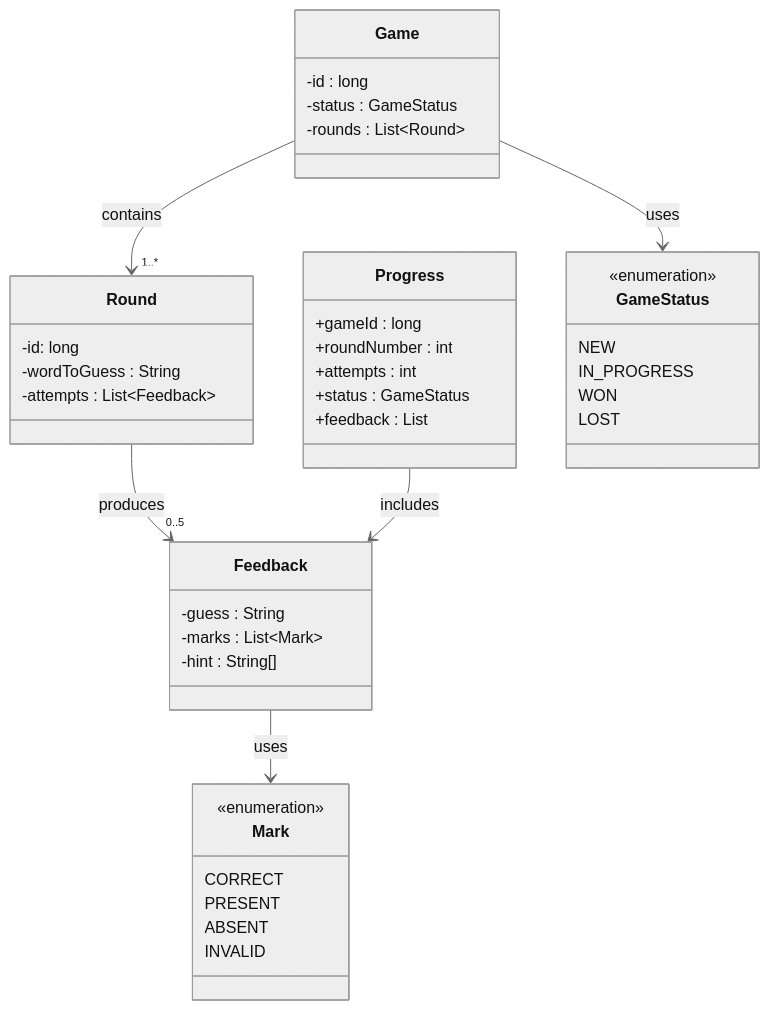
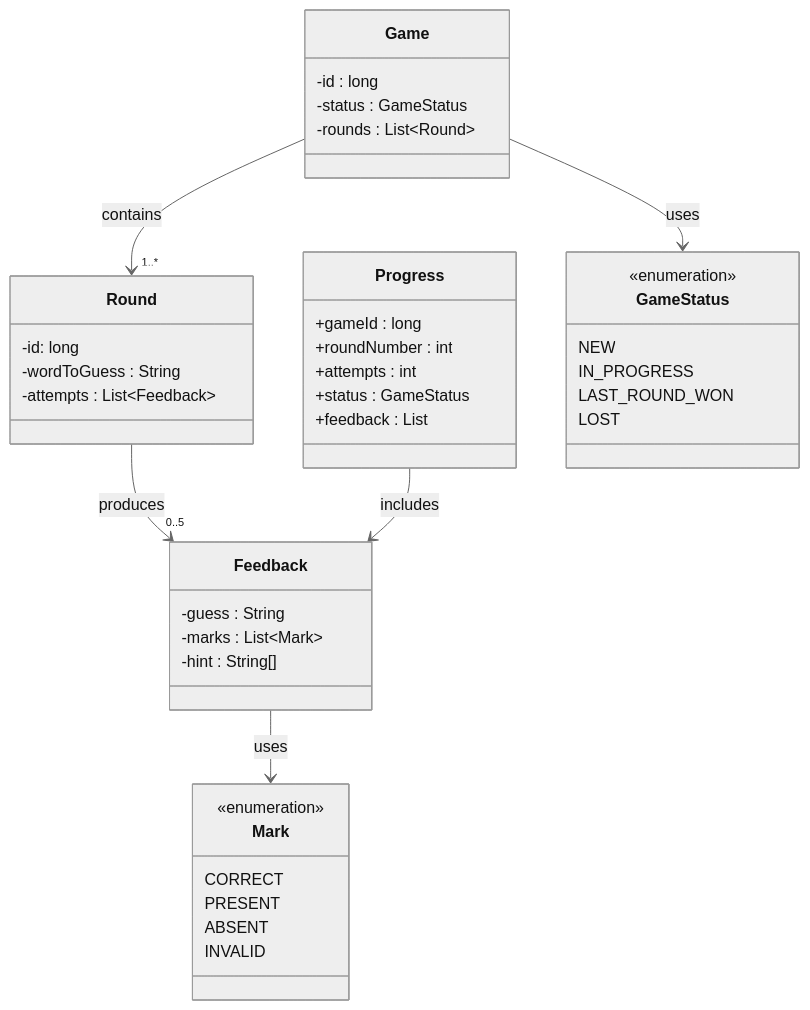
Before and after one commit to jelle-de-jong-hu/GitHubPages: the diagram in docs/backend/01-klasse-diagram.md, drawn with Mermaid (neutral theme). The commit also changed 25 other files, not shown here.

````diff
--- a/docs/backend/01-klasse-diagram.md
+++ b/docs/backend/01-klasse-diagram.md
@@ -5,52 +5,52 @@
 ```mermaid
 classDiagram
     class Game {
         -id : long
         -status : GameStatus
         -rounds : List~Round~
     }
 
     class Round {
         -id: long 
         -wordToGuess : String
         -attempts : List~Feedback~
         
     }
 
     class Feedback {
         -guess : String
         -marks : List~Mark~
         -hint : String[]
     }
 
     class Progress {
         +gameId : long
         +roundNumber : int
         +attempts : int
         +status : GameStatus
         +feedback : List<Feedback>
     }
 
     class GameStatus {
         <<enumeration>>
         NEW
         IN_PROGRESS
-        WON
+        LAST_ROUND_WON
         LOST
     }
 
     class Mark {
         <<enumeration>>
         CORRECT
         PRESENT
         ABSENT
         INVALID
     }
 
 %% Relationships
     Game --> "1..*" Round : contains
     Round --> "0..5" Feedback : produces
     Progress --> Feedback : includes
     Game --> GameStatus : uses
     Feedback --> Mark : uses
 ```
````
